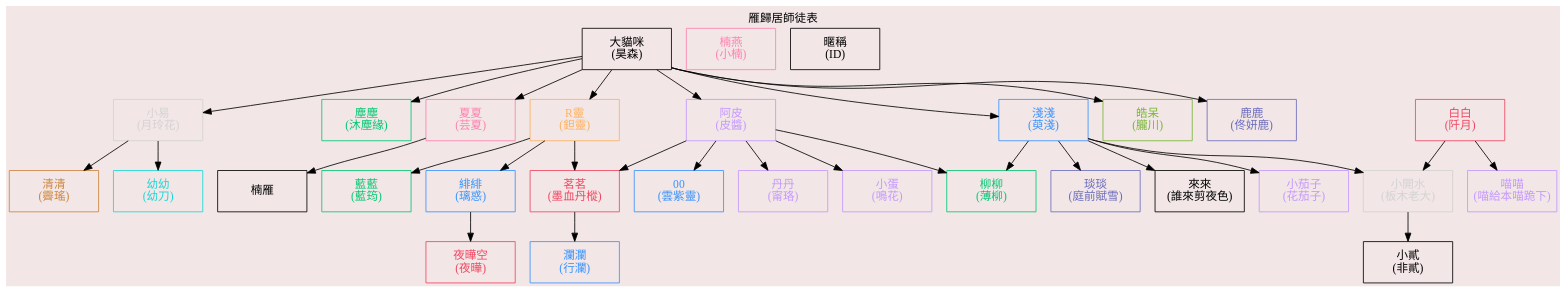
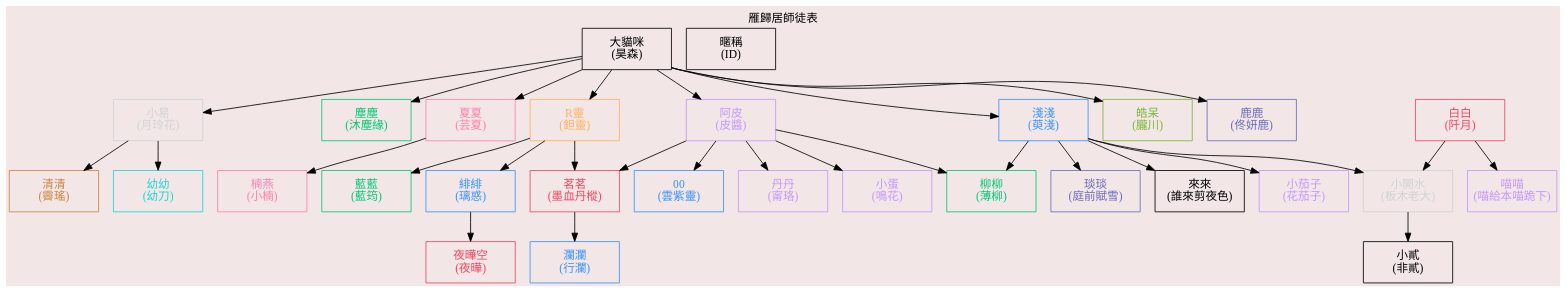
The first of 4 diagrams in README.md (necro-wbj/-), drawn with Graphviz before and after one commit. The commit also changed 1 other file, not shown here.

Commit message:
修正楠燕變數錯字

````diff
--- a/README.md
+++ b/README.md
@@ -1,60 +1,60 @@
 ```dot
 digraph {
     bgcolor="#F2E6E6";
     label="雁歸居師徒表";
     labelloc="t";
     labeldistance=10;
     node[fontname="微軟正黑體",shape=box,fixedsize=true,height=0.7,width=1.5];
     //"帥氣的小姐姐"[label="帥氣的小姐姐\n(葬雪調)",color="#FF81B0",fontcolor="#FF81B0"]
     "大貓咪"[label="大貓咪\n(昊森)",color="black",fontcolor="black"]
     "藍藍"[label="藍藍\n(藍筠)",color="#02C874",fontcolor="#02C874"]
     "小易"[label="小易\n(月玲花)",color="lightgray",fontcolor="lightgray"]
     "清清"[label="清清\n(霽瑤)",color="#CD853F",fontcolor="#CD853F"]
     "幼幼"[label="幼幼\n(幼刀)",color="#16D8D8",fontcolor="#16D8D8"]
     "塵塵"[label="塵塵\n(沐塵緣)",color="#02C874",fontcolor="#02C874"]
     //"羊肉爐"[label="羊肉爐\n(墨曲紫濤)",color="#16D8D8",fontcolor="#16D8D8"]
     "柳柳"[label="柳柳\n(薄柳)",color="#02C874",fontcolor="#02C874"]
     //"小九"[label="小九\n(柳朔方)",color="#6A6CBD",fontcolor="#6A6CBD"]
     "夏夏"[label="夏夏\n(芸夏)",color="#FF81B0",fontcolor="#FF81B0"]
     "R靈"[label="R靈\n(鉭靈)",color="#FFB25F",fontcolor="#FFB25F"]
     "白白"[label="白白\n(阡月)",color="#F04660",fontcolor="#F04660"]
     //"R涼"[label="R涼\n(涼宸)",color="#16D8D8",fontcolor="#16D8D8"]
     "阿皮"[label="阿皮\n(皮醬)",color="#C498FF",fontcolor="#C498FF"]
     "00"[label="00\n(雲紫靈)",color="#3793FF",fontcolor="#3793FF"]
     //"小天"[label="小天\n(傲凌雲濤)",color="black",fontcolor="black"]
     "淺淺"[label="淺淺\n(萸淺)",color="#3793FF",fontcolor="#3793FF"]
     //"小貓貓"[label="小貓貓\n(貓尾蝶)",color="lightgray",fontcolor="lightgray"]
     "緋緋"[label="緋緋\n(璃惑)",color="#3793FF",fontcolor="#3793FF"]
     "皓呆"[label="皓呆\n(朧川)",color="#79B736",fontcolor="#79B736"]
     "瀾瀾"[label="瀾瀾\n(行瀾)",color="#3793FF",fontcolor="#3793FF"]
     //"阿夜"[label="阿夜\n(長孫雪夜)",color="#B43C00",fontcolor="#B43C00"]
     //"梨子"[label="梨子\n(蘇沐)",color="#FF81B0",fontcolor="#FF81B0"]
     "小開水"[label="小開水\n(板木老大)",color="lightgray",fontcolor="lightgray"]
     "茗茗"[label="茗茗\n(墨血丹樅)",color="#F04660",fontcolor="#F04660"]
     "丹丹"[label="丹丹\n(甯珞)",color="#C498FF",fontcolor="#C498FF"]
     "楠燕"[label="楠燕\n(小楠)",color="#FF81B0",fontcolor="#FF81B0"]
     "琰琰"[label="琰琰\n(庭前賦雪)",color="#6A6CBD",fontcolor="#6A6CBD"]
     //"仟仟"[label="仟仟\n(上雨知弦)",color="black",fontcolor="black"]
     "小貳"[label="小貳\n(非貳)",color="black",fontcolor="black"]
     //"73"[label="73\n(青衫不改去年)",color="black",fontcolor="black"]
     "夜曄空"[label="夜曄空\n(夜曄)",color="#F04660",fontcolor="#F04660"]
     "鹿鹿"[label="鹿鹿\n(佟妍鹿)",color="#6A6CBD",fontcolor="#6A6CBD"]
     "來來"[label="來來\n(誰來剪夜色)",color="black",fontcolor="black"]
     "小茄子"[label="小茄子\n(花茄子)",color="#C498FF",fontcolor="#C498FF"]
     "小蛋"[label="小蛋\n(鳴花)",color="#C498FF",fontcolor="#C498FF"]
     "喵喵"[label="喵喵\n(喵給本喵跪下)",color="#C498FF",fontcolor="#C498FF"]
 
     {rank = same;大貓咪 "暱稱\n(ID)"}
     大貓咪->{R靈 阿皮 小易 夏夏 塵塵 淺淺 皓呆 鹿鹿}
     淺淺->{琰琰 柳柳 來來 小茄子}
     {白白 淺淺}->小開水
     白白->{喵喵}
     小易->{清清 幼幼}
     阿皮->{00 柳柳 茗茗 丹丹 小蛋}
     R靈->{藍藍 緋緋 茗茗}
     茗茗->{瀾瀾}
     緋緋->{夜曄空}
-    夏夏->{楠雁}
+    夏夏->{楠燕}
     小開水->{小貳}
 }
 ```
````
